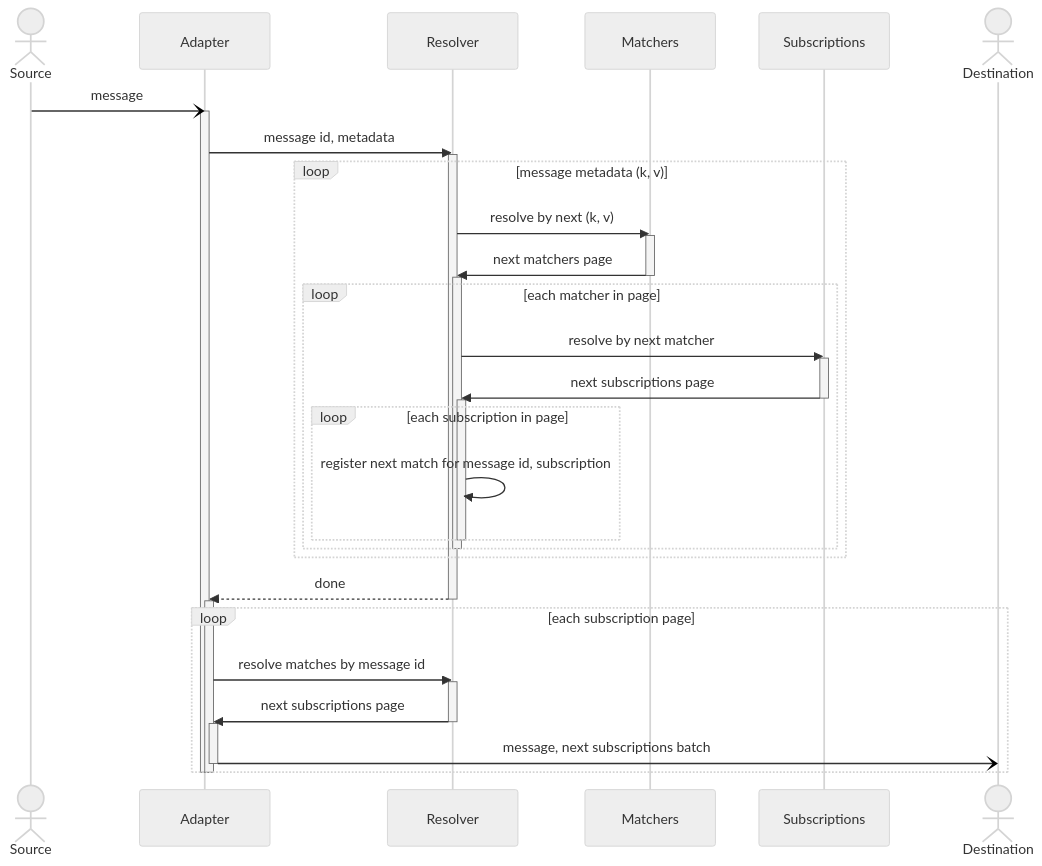
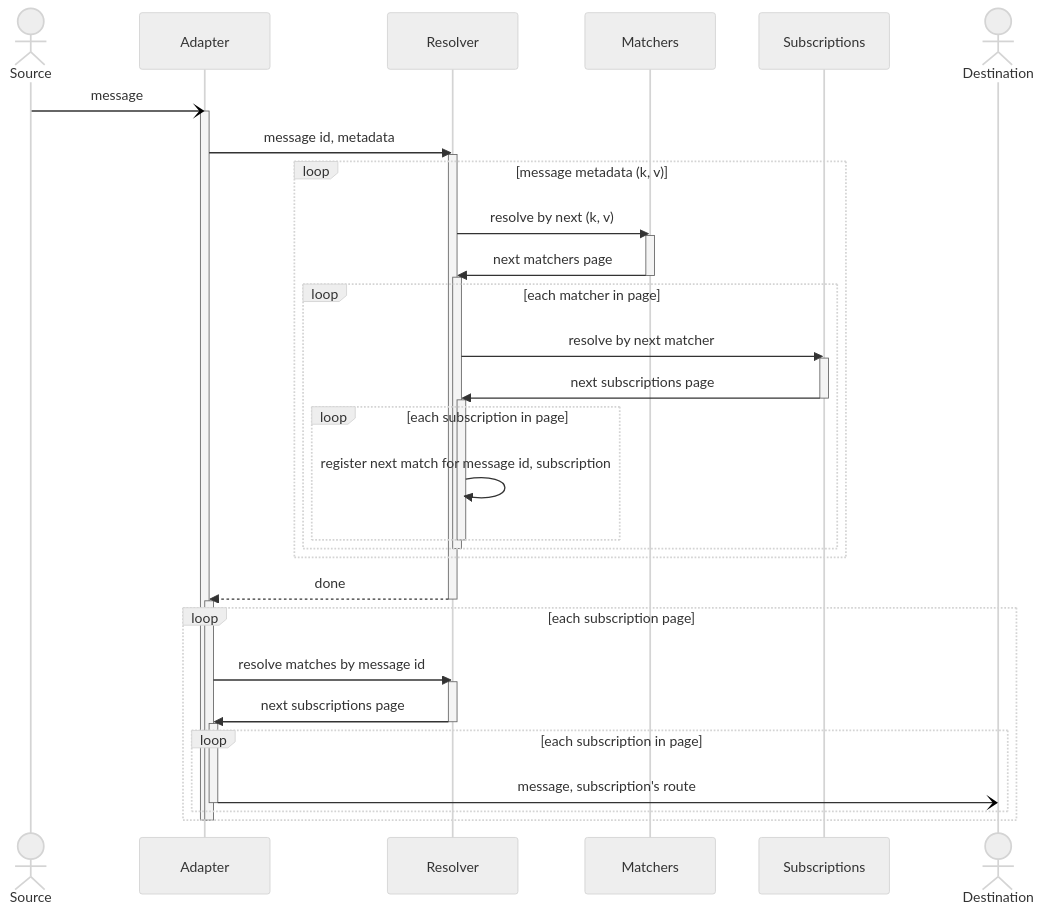
Before and after one commit to awakari/.github: the diagram in profile/README.md, drawn with Mermaid.

````diff
--- a/profile/README.md
+++ b/profile/README.md
@@ -13,60 +13,64 @@
 ```mermaid
 %%{init: {'theme': 'neutral' } }%%
 sequenceDiagram
 
     actor Source
     participant Adapter
     participant Resolver
     participant Matchers
     participant Subscriptions
     actor Destination
 
     Source-)Adapter: message
     activate Adapter
     
     Adapter->>Resolver: message id, metadata
     activate Resolver
     
     loop message metadata (k, v)
     
         Resolver->>Matchers: resolve by next (k, v)
         activate Matchers
         Matchers->>Resolver: next matchers page
         deactivate Matchers
         
         activate Resolver
         loop each matcher in page
             
             Resolver->>Subscriptions: resolve by next matcher
             activate Subscriptions
             Subscriptions->>Resolver: next subscriptions page
             deactivate Subscriptions
             
             activate Resolver
             loop each subscription in page
                 Resolver->>Resolver: register next match for message id, subscription
             end
             deactivate Resolver
             
         end
         deactivate Resolver
     end
     
     
     
     Resolver-->>Adapter: done
     deactivate Resolver
 
     activate Adapter
     loop each subscription page
         Adapter->>Resolver: resolve matches by message id
         activate Resolver
         Resolver->>Adapter: next subscriptions page
         deactivate Resolver
         activate Adapter
-        Adapter-)Destination: message, next subscriptions batch
-        deactivate Adapter
+        
+        loop each subscription in page
+            Adapter-)Destination: message, subscription's route
+            deactivate Adapter
+        end
+        
     end
     deactivate Adapter
     deactivate Adapter
 ```
````
